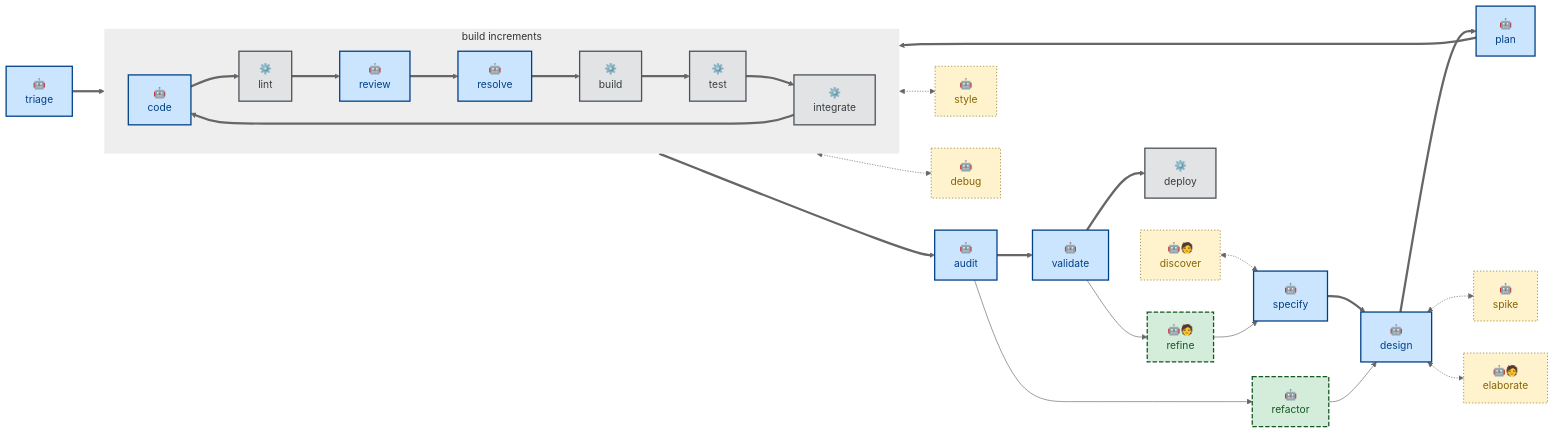
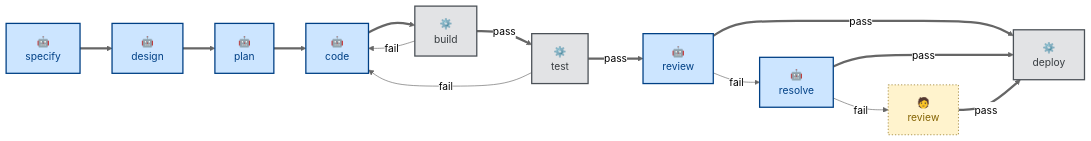
One commit to kieranpotts/skills changed the first of 2 diagrams in README.md. Above: the diagram before and after it, drawn with Mermaid (neutral theme). The commit also changed other lines of this file, not shown here.

Commit message:
chore: review readme

````diff
--- a/README.md
+++ b/README.md
@@ -101,67 +97,32 @@
 ```mermaid
 flowchart LR
-  %% Node labels and classes (declared up front so they hold inside and outside the subgraph).
-  discover["🤖🧑\ndiscover"]:::tertiary
-  specify["🤖\nspecify"]:::primary
-  design["🤖\ndesign"]:::primary
-  triage["🤖\ntriage"]:::primary
-  plan["🤖\nplan"]:::primary
-  code["🤖\ncode"]:::primary
-  review["🤖\nreview"]:::primary
-  resolve["🤖\nresolve"]:::primary
-  lint["⚙️\nlint"]:::scripted
+  specify["🤖\nspecify"]:::agentic
+  design["🤖\ndesign"]:::agentic
+  plan["🤖\nplan"]:::agentic
+  code["🤖\ncode"]:::agentic
   build["⚙️\nbuild"]:::scripted
   test["⚙️\ntest"]:::scripted
-  integrate["⚙️\nintegrate"]:::scripted
-  audit["🤖\naudit"]:::primary
-  validate["🤖\nvalidate"]:::primary
+  review["🤖\nreview"]:::agentic
+  resolve["🤖\nresolve"]:::agentic
   deploy["⚙️\ndeploy"]:::scripted
-  spike["🤖\nspike"]:::tertiary
-  elaborate["🤖🧑\nelaborate"]:::tertiary
-  styleSkill["🤖\nstyle"]:::tertiary
-  debug["🤖\ndebug"]:::tertiary
-  refactor["🤖\nrefactor"]:::secondary
-  refine["🤖🧑\nrefine"]:::secondary
+  human["🧑\nreview"]:::anthropic
 
-  %% Main workflow sequence.
   specify ==> design
   design ==> plan
-  triage ==> code
   plan ==> code
-  subgraph build_increments [build increments]
-    direction LR
-    code ==> lint
-    lint ==> review
-    review ==> resolve
-    resolve ==> build
-    build ==> test
-    test ==> integrate
-    integrate ==> code
-  end
-  integrate ==> audit
-  audit ==> validate
-  validate ==> deploy
+  code ==> build
+  build == pass ==> test
+  test == pass ==> review
+  review == pass ==> deploy
+  resolve == pass ==> deploy
+  human == pass ==> deploy
 
-  %% Callouts to helpers.
-  discover <-.-> specify
-  design <-.-> spike
-  design <-.-> elaborate
-  code <-.-> styleSkill
-  test <-.-> debug
+  build -- fail --> code
+  test -- fail --> code
+  review -- fail --> resolve
+  resolve -- fail --> human
 
-  %% Feedback loops.
-  audit --> refactor
-  refactor --> design
-  validate --> refine
-  refine --> specify
-
-  %% Class definitions.
-  classDef primary fill:#cce5ff,stroke:#004085,color:#004085,stroke-width:2px
-  classDef secondary fill:#d4edda,stroke:#155724,color:#155724,stroke-width:2px,stroke-dasharray:7 3
-  classDef tertiary fill:#fff3cd,stroke:#856404,color:#856404,stroke-width:1px,stroke-dasharray:2 3
+  classDef agentic fill:#cce5ff,stroke:#004085,color:#004085,stroke-width:2px
   classDef scripted fill:#e2e3e5,stroke:#4b5157,color:#383d41,stroke-width:2px
-  %% classDef reactive fill:#f8d7da,stroke:#721c24,color:#721c24,stroke-width:2px
-
-  %% Subgraph (loop) border styling.
-  style build_increments fill:#EEEEEE,stroke-width:0px
+  classDef anthropic fill:#fff3cd,stroke:#856404,color:#856404,stroke-width:1px,stroke-dasharray:2 3
 ```
````
